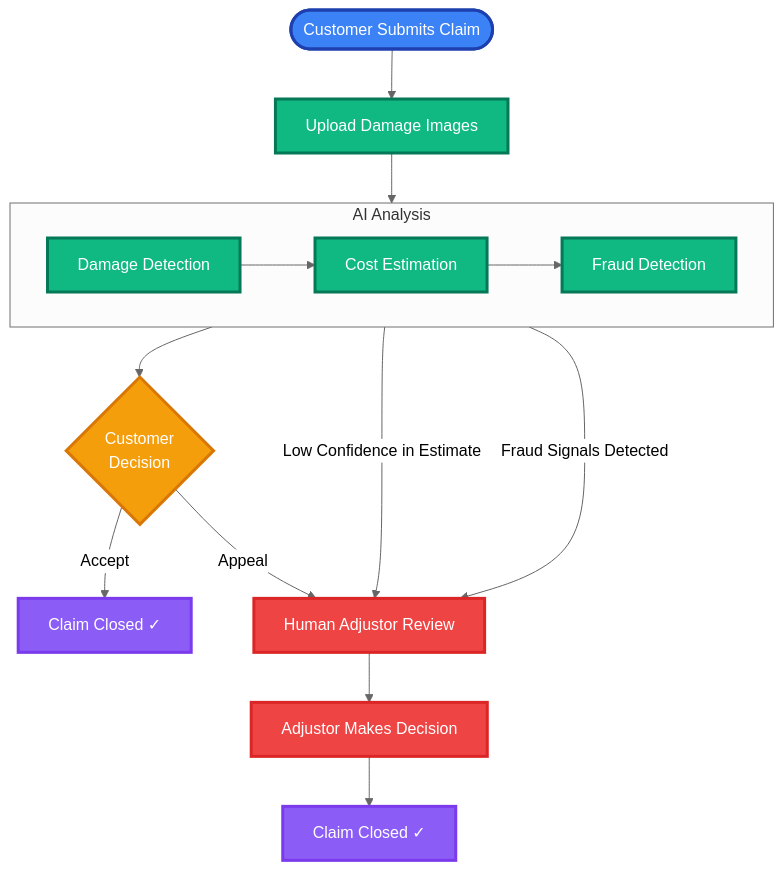
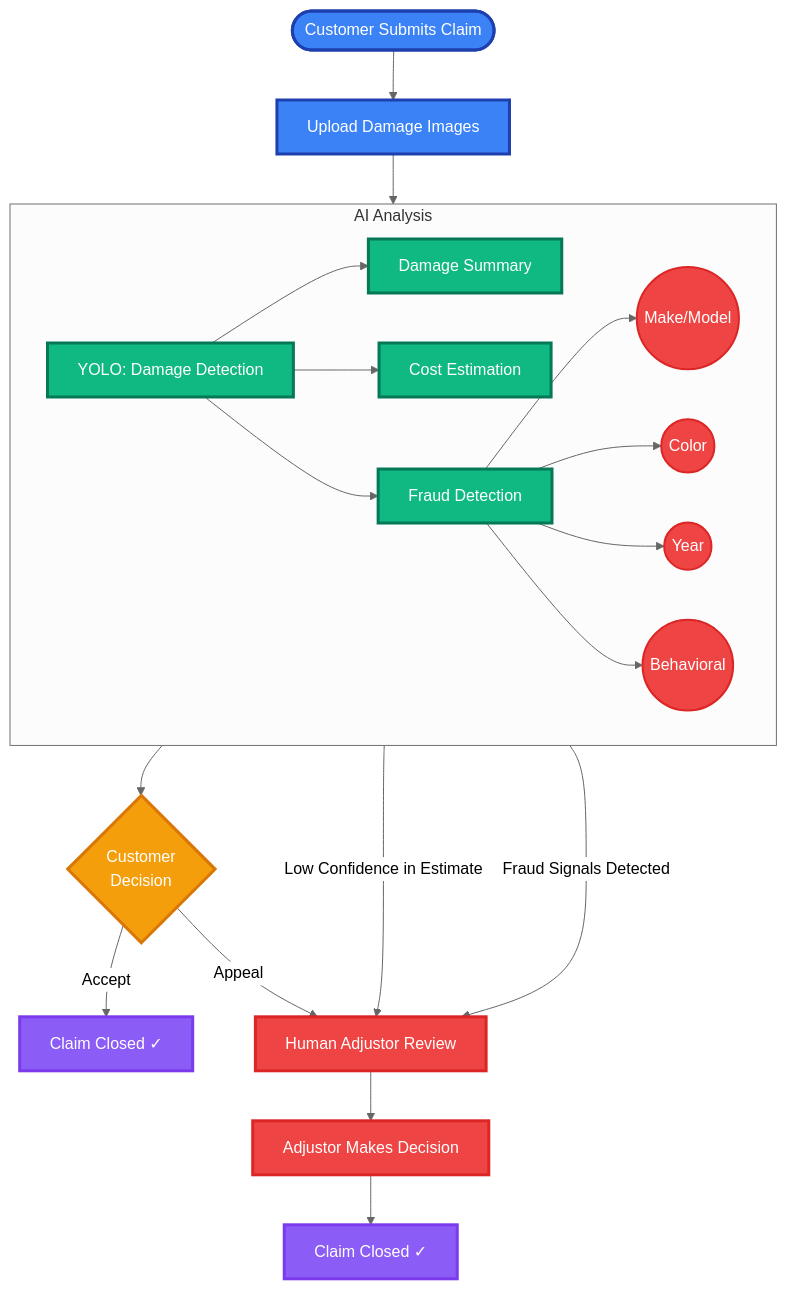
The diagram in specifications/diagrams/claims-ai-use-case.mmd (acloudfan/Acme-Claim-Management-Solution), drawn with Mermaid (neutral theme) before and after one commit. The commit also changed 25 other files, not shown here.

```diff
--- a/specifications/diagrams/claims-ai-use-case.mmd
+++ b/specifications/diagrams/claims-ai-use-case.mmd
@@ -1,38 +1,46 @@
 %% AI-Powered Claims Processing - High-Level Block Diagram
 
 flowchart TD
     Start([Customer Submits Claim]) --> Upload[Upload Damage Images]
     Upload --> AI[AI Processing]
 
     subgraph AI[AI Analysis]
         direction LR
-        Damage[Damage Detection] --> Estimate[Cost Estimation]
-        Estimate --> Fraud[Fraud Detection]
+        Damage[YOLO: Damage Detection] --> Summary[Damage Summary]
+        Damage --> Estimate[Cost Estimation]
+        Damage --> Fraud[Fraud Detection]
+
+        Fraud --> MakeMismatch((Make/Model))
+        Fraud --> ColorMismatch((Color))
+        Fraud --> YearMismatch((Year))
+        Fraud --> Behavioral((Behavioral))
     end
 
     AI --> Decision{Customer<br/>Decision}
 
     Decision -->|Accept| Close1[Claim Closed ✓]
     Decision -->|Appeal| Human
 
     AI -->|Low Confidence in Estimate | Human[Human Adjustor Review]
 
     AI -->|Fraud Signals Detected| Human[Human Adjustor Review]
 
    
 
     Human --> AdjustorDecision[Adjustor Makes Decision]
     AdjustorDecision --> Close2[Claim Closed ✓]
 
     %% Styling
     classDef startClass fill:#3b82f6,stroke:#1e40af,stroke-width:3px,color:#fff
     classDef aiClass fill:#10b981,stroke:#047857,stroke-width:3px,color:#fff
     classDef decisionClass fill:#f59e0b,stroke:#d97706,stroke-width:3px,color:#fff
     classDef humanClass fill:#ef4444,stroke:#dc2626,stroke-width:3px,color:#fff
     classDef closeClass fill:#8b5cf6,stroke:#7c3aed,stroke-width:3px,color:#fff
+    classDef fraudSignalClass fill:#ef4444,stroke:#dc2626,stroke-width:2px,color:#fff
 
-    class Start startClass
-    class Upload,Damage,Estimate,Fraud aiClass
+    class Start,Upload startClass
+    class Damage,Summary,Estimate,Fraud aiClass
     class Decision decisionClass
     class Human,AdjustorDecision humanClass
     class Close1,Close2 closeClass
+    class MakeMismatch,ColorMismatch,YearMismatch,Behavioral fraudSignalClass
```
